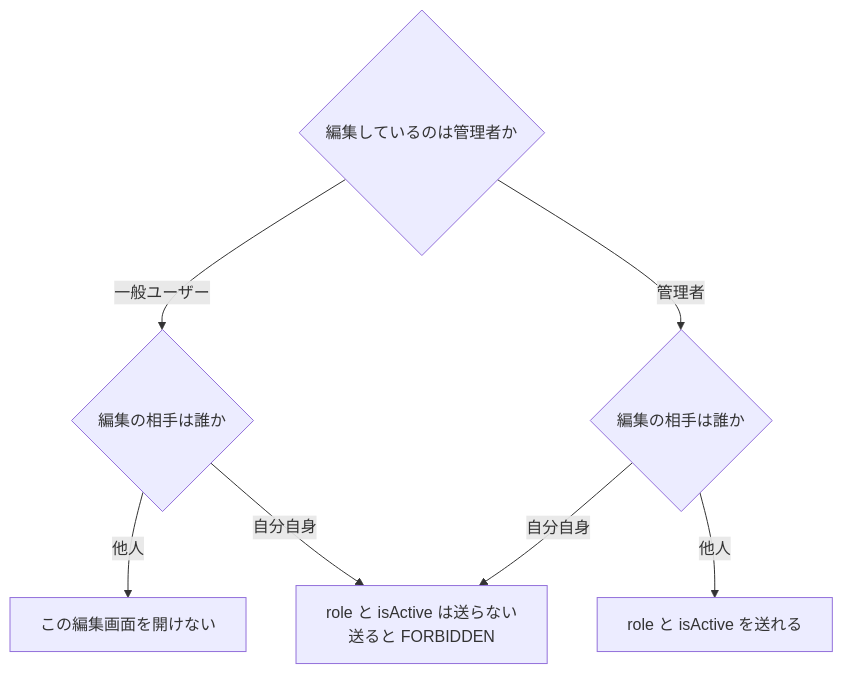
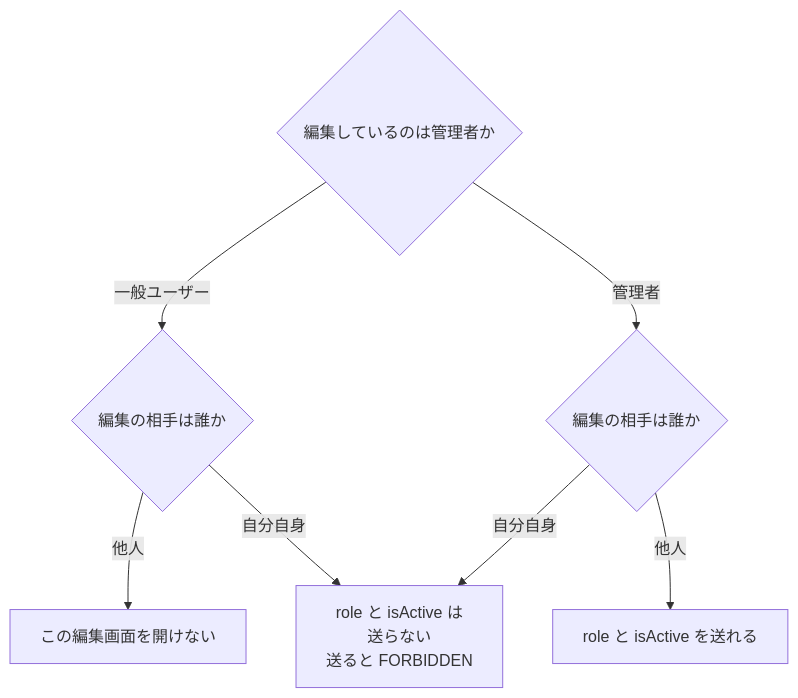
The second of 3 diagrams in material/30days-curriculum/day29_ユーザー詳細・編集ページを作ろう.md (kouiso/task-app), drawn with Mermaid before and after one commit. The commit also changed other lines of this file and 24 other files, not shown here.

First line of the commit message:
fix(material): Mermaid 図のファイル名キャプションとノード途中折れを直す (#457) (#718)

````diff
--- a/material/30days-curriculum/day29_ユーザー詳細・編集ページを作ろう.md
+++ b/material/30days-curriculum/day29_ユーザー詳細・編集ページを作ろう.md
@@ -1731,10 +1731,10 @@
 ```mermaid
 flowchart TB
     A{"編集しているのは管理者か"}
     A -->|"一般ユーザー"| C{"編集の相手は誰か"}
     C -->|"他人"| N1["この編集画面を開けない"]
     C -->|"自分自身"| NG
     A -->|"管理者"| B{"編集の相手は誰か"}
     B -->|"他人"| OK["role と isActive を送れる"]
-    B -->|"自分自身"| NG["role と isActive は送らない<br/>送ると FORBIDDEN"]
+    B -->|"自分自身"| NG["role と isActive は<br/>送らない<br/>送ると FORBIDDEN"]
 ```
````
